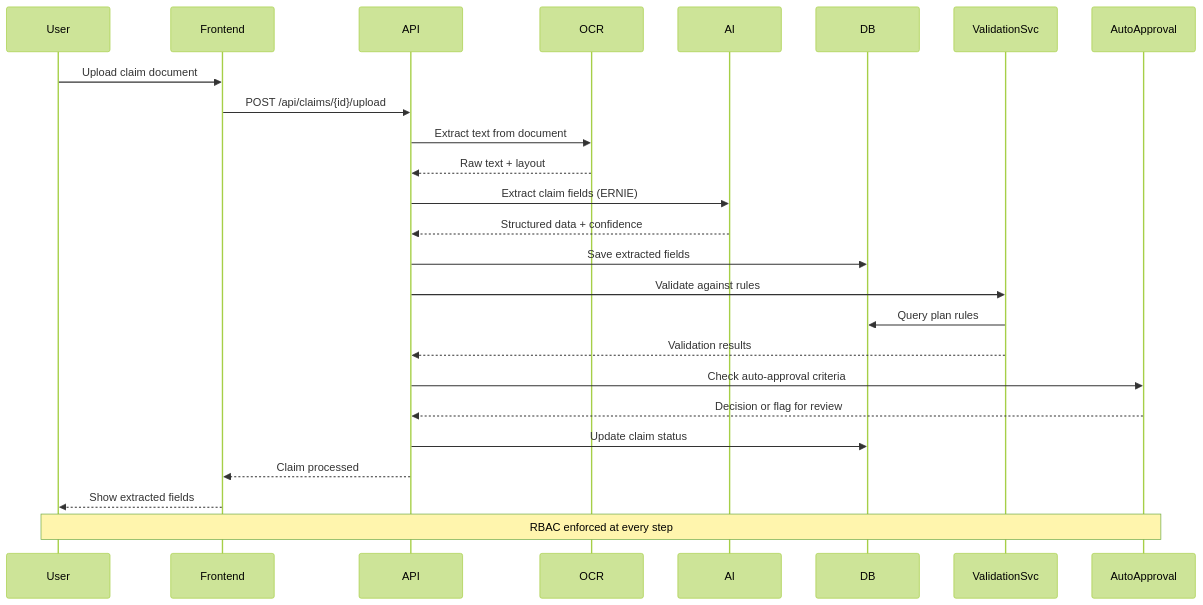
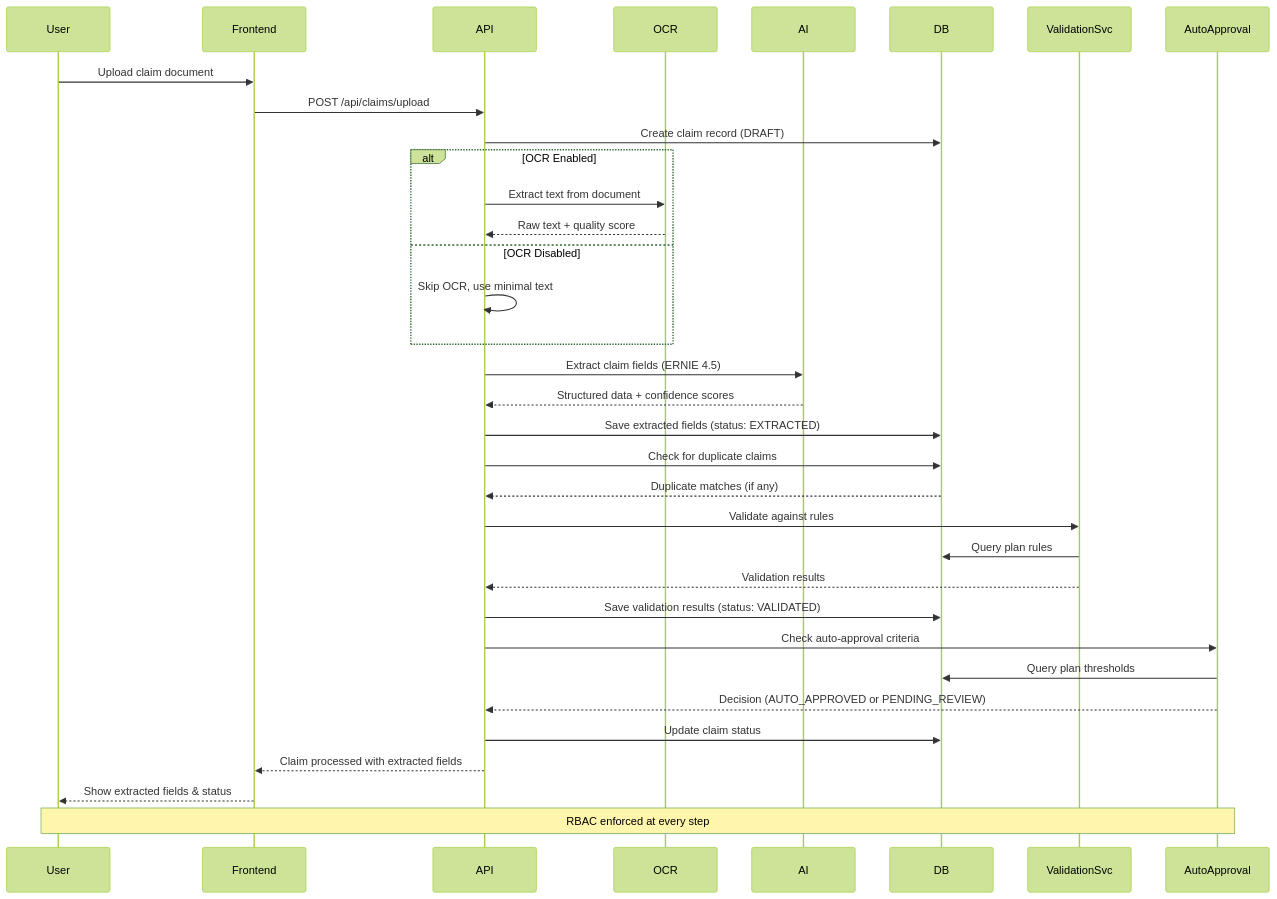
The second of 5 diagrams in README.md (palsure/claimsphere-ai), drawn with Mermaid (forest theme) before and after one commit.

Commit message:
new changes

````diff
--- a/README.md
+++ b/README.md
@@ -133,29 +133,44 @@
 ```mermaid
 sequenceDiagram
     participant User
     participant Frontend
     participant API
     participant OCR
     participant AI
     participant DB
     participant ValidationSvc
     participant AutoApproval
 
     User->>Frontend: Upload claim document
-    Frontend->>API: POST /api/claims/{id}/upload
-    API->>OCR: Extract text from document
-    OCR-->>API: Raw text + layout
-    API->>AI: Extract claim fields (ERNIE)
-    AI-->>API: Structured data + confidence
-    API->>DB: Save extracted fields
+    Frontend->>API: POST /api/claims/upload
+    API->>DB: Create claim record (DRAFT)
+    
+    alt OCR Enabled
+        API->>OCR: Extract text from document
+        OCR-->>API: Raw text + quality score
+    else OCR Disabled
+        API->>API: Skip OCR, use minimal text
+    end
+    
+    API->>AI: Extract claim fields (ERNIE 4.5)
+    AI-->>API: Structured data + confidence scores
+    API->>DB: Save extracted fields (status: EXTRACTED)
+    
+    API->>DB: Check for duplicate claims
+    DB-->>API: Duplicate matches (if any)
+    
     API->>ValidationSvc: Validate against rules
     ValidationSvc->>DB: Query plan rules
     ValidationSvc-->>API: Validation results
+    API->>DB: Save validation results (status: VALIDATED)
+    
     API->>AutoApproval: Check auto-approval criteria
-    AutoApproval-->>API: Decision or flag for review
+    AutoApproval->>DB: Query plan thresholds
+    AutoApproval-->>API: Decision (AUTO_APPROVED or PENDING_REVIEW)
     API->>DB: Update claim status
-    API-->>Frontend: Claim processed
-    Frontend-->>User: Show extracted fields
+    
+    API-->>Frontend: Claim processed with extracted fields
+    Frontend-->>User: Show extracted fields & status
     
     Note over User,AutoApproval: RBAC enforced at every step
 ```
````
